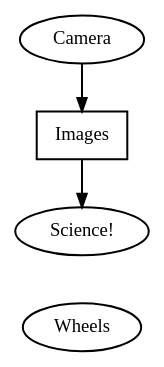
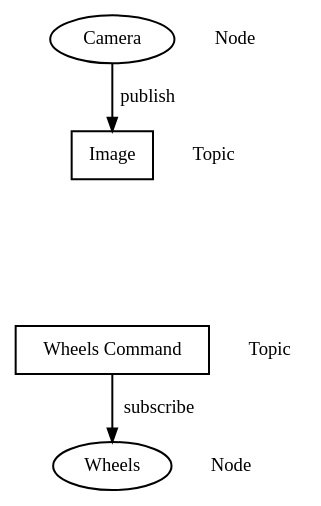
The diagram in dot/robot_as_graph_4.dot (shihyuan/duckietown_ros_slides), drawn with Graphviz before and after one commit. The commit also changed 16 other files, not shown here.

```diff
--- a/dot/robot_as_graph_4.dot
+++ b/dot/robot_as_graph_4.dot
@@ -1,16 +1,29 @@
 digraph {
 	edge [penwidth=1.5]
 	node [penwidth=1.5]
 	
+	//Nodes
 	node [shape=ellipse,style=filled,fillcolor=white];
 	sensors[label="Camera"];
 	actuators[label="Wheels"];
-	mystery_box[label="Science!",style=filled];
+	mystery_node[label="?",style=invis];
+	sensors_side[shape=plaintext, label="Node"];
+	actuators_side[shape=plaintext, label="Node"];
+	{rank=same;sensors;sensors_side}
+	{rank=same;actuators;actuators_side}
 
+	//Topics
 	node [shape=box,fillcolor=white];
-	image[label="Images"];
+	image[label="Image"];
+	wheels_cmd[label="Wheels Command"];
+	image_side[shape=plaintext, label="Topic"];
+	wheels_cmd_side[shape=plaintext, label="Topic"];
+	{rank=same;image;image_side}
+	{rank=same;wheels_cmd;wheels_cmd_side}
 
-	sensors->image;
-	image->mystery_box;
-	mystery_box->actuators[style=invis];
+	//Edges
+	sensors->image[label="publish"];
+	image->mystery_node[style=invis];
+	mystery_node->wheels_cmd[style=invis];
+	wheels_cmd->actuators[label="subscribe"];
 }
```
